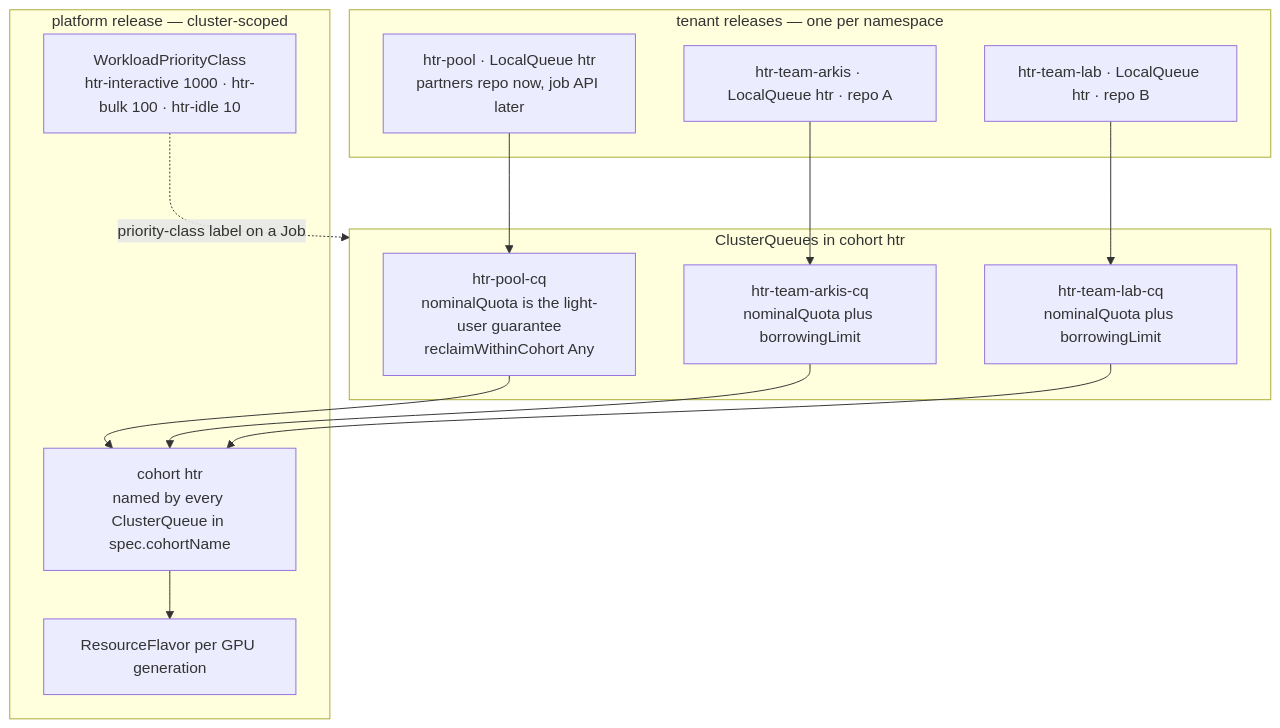
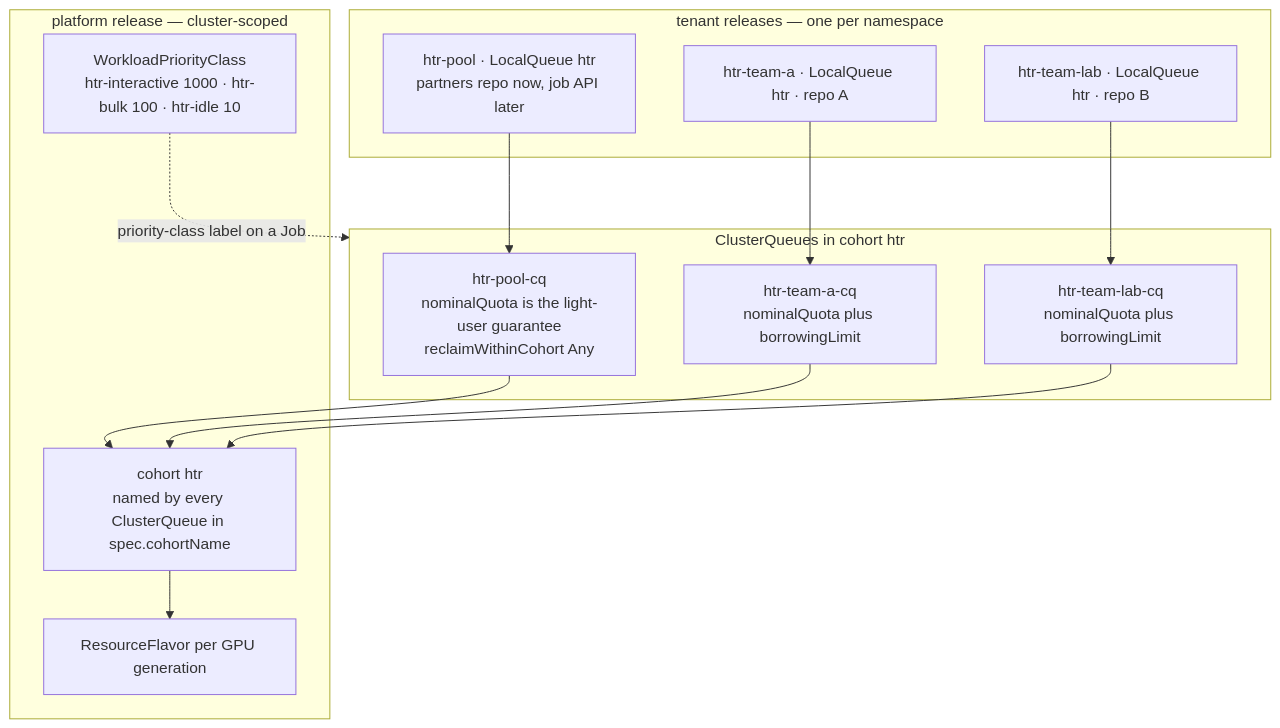
Before and after one commit to AI-Riksarkivet/htrflow-batch: the first of 2 diagrams in docs/superpowers/specs/2026-09-08-multi-tenant-design.md, drawn with Mermaid. The commit also changed other lines of this file, not shown here.

First line of the commit message:
docs(spec): the example team tenant is generic

````diff
--- a/docs/superpowers/specs/2026-09-08-multi-tenant-design.md
+++ b/docs/superpowers/specs/2026-09-08-multi-tenant-design.md
@@ -55,26 +55,26 @@
 ```mermaid
 flowchart TB
     subgraph platform["platform release — cluster-scoped"]
         RF["ResourceFlavor per GPU generation"]
         COH["cohort htr<br/>named by every ClusterQueue in spec.cohortName"]
         WPC["WorkloadPriorityClass<br/>htr-interactive 1000 · htr-bulk 100 · htr-idle 10"]
     end
     subgraph queues["ClusterQueues in cohort htr"]
         CQP["htr-pool-cq<br/>nominalQuota is the light-user guarantee<br/>reclaimWithinCohort Any"]
-        CQA["htr-team-arkis-cq<br/>nominalQuota plus borrowingLimit"]
+        CQA["htr-team-a-cq<br/>nominalQuota plus borrowingLimit"]
         CQB["htr-team-lab-cq<br/>nominalQuota plus borrowingLimit"]
     end
     subgraph tenants["tenant releases — one per namespace"]
         LQP["htr-pool · LocalQueue htr<br/>partners repo now, job API later"]
-        LQA["htr-team-arkis · LocalQueue htr · repo A"]
+        LQA["htr-team-a · LocalQueue htr · repo A"]
         LQB["htr-team-lab · LocalQueue htr · repo B"]
     end
     LQP --> CQP
     LQA --> CQA
     LQB --> CQB
     CQP --> COH
     CQA --> COH
     CQB --> COH
     COH --> RF
     WPC -.->|"priority-class label on a Job"| queues
 ```
````
